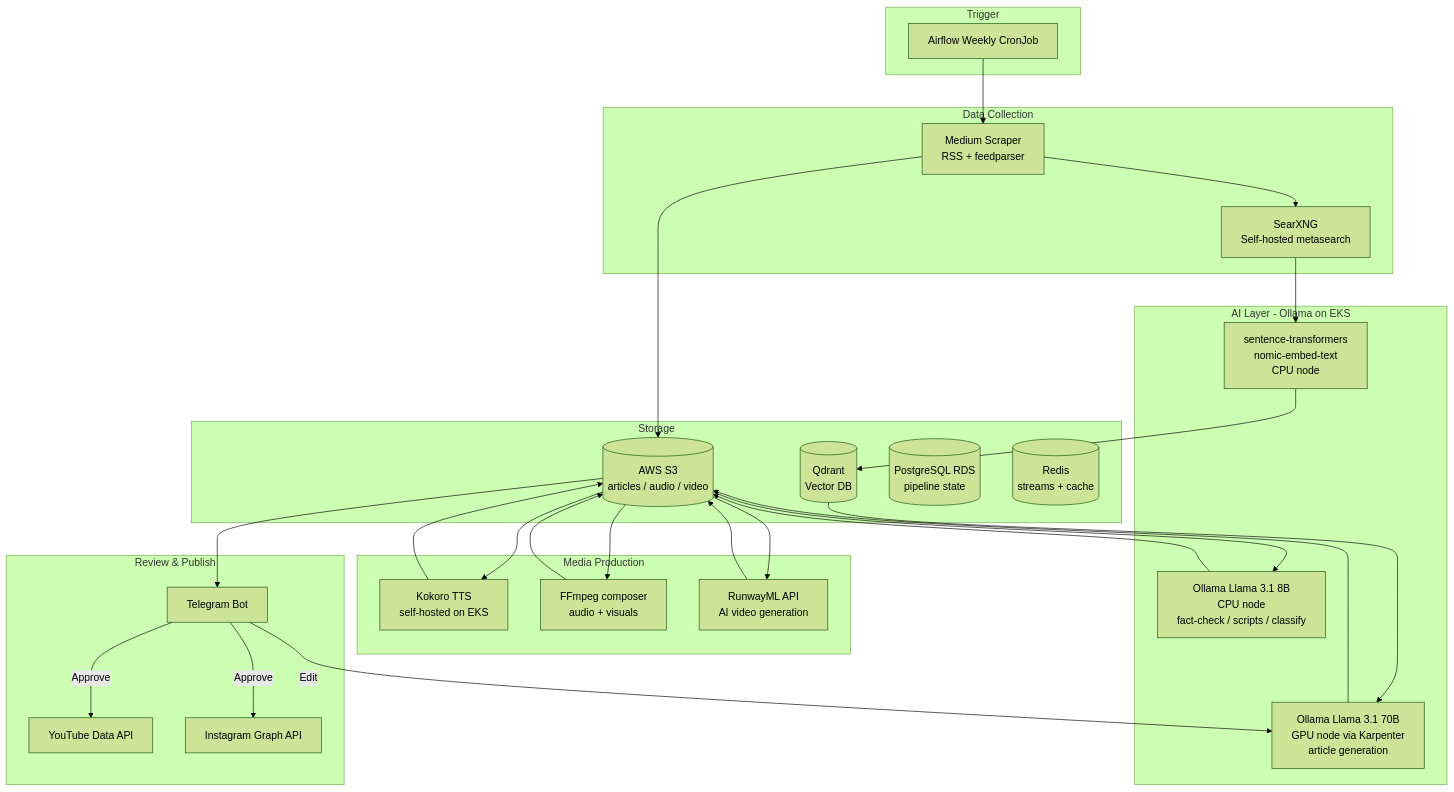
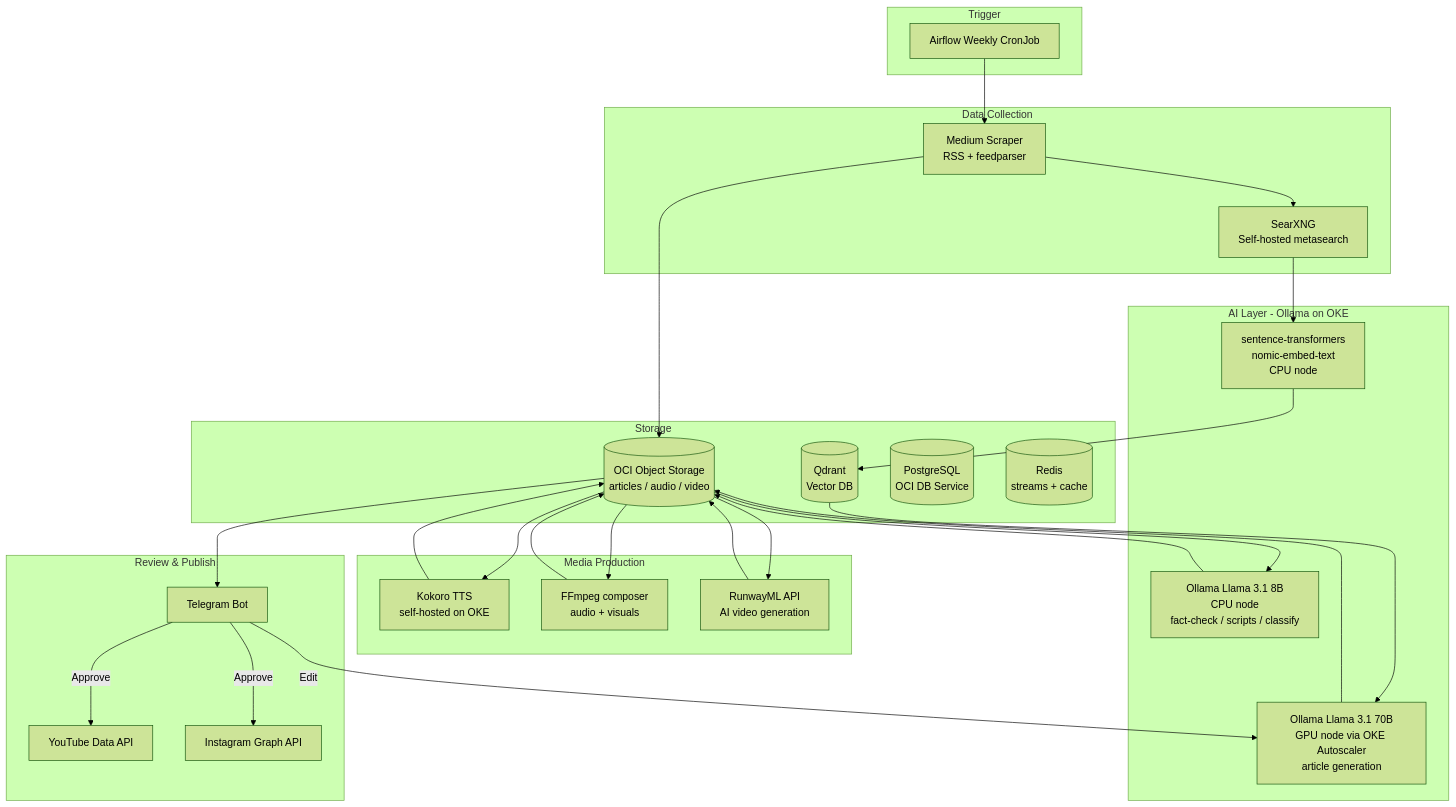
One commit to hamedsalim1999/content-automation-pipeline changed the first of 2 diagrams in ARCHITECTURE.md. Above: the diagram before and after it, drawn with Mermaid (forest theme). The commit also changed other lines of this file and 2 other files, not shown here.

First line of the commit message:
Update architecture and learning path documentation for OCI and OKE integration

````diff
--- a/ARCHITECTURE.md
+++ b/ARCHITECTURE.md
@@ -28,56 +28,56 @@
 ```mermaid
 graph TB
     subgraph "Trigger"
         CRON[Airflow Weekly CronJob]
     end
 
     subgraph "Data Collection"
         MS[Medium Scraper<br/>RSS + feedparser]
         SEARXNG[SearXNG<br/>Self-hosted metasearch]
     end
 
-    subgraph "AI Layer - Ollama on EKS"
+    subgraph "AI Layer - Ollama on OKE"
         OLLAMA_8B[Ollama Llama 3.1 8B<br/>CPU node<br/>fact-check / scripts / classify]
-        OLLAMA_70B[Ollama Llama 3.1 70B<br/>GPU node via Karpenter<br/>article generation]
+        OLLAMA_70B[Ollama Llama 3.1 70B<br/>GPU node via OKE Autoscaler<br/>article generation]
         EMBED[sentence-transformers<br/>nomic-embed-text<br/>CPU node]
     end
 
     subgraph "Storage"
-        S3[(AWS S3<br/>articles / audio / video)]
+        OCI_OBJ[(OCI Object Storage<br/>articles / audio / video)]
         QDRANT[(Qdrant<br/>Vector DB)]
-        PG[(PostgreSQL RDS<br/>pipeline state)]
+        PG[(PostgreSQL<br/>OCI DB Service)]
         REDIS[(Redis<br/>streams + cache)]
     end
 
     subgraph "Media Production"
-        KOKORO[Kokoro TTS<br/>self-hosted on EKS]
+        KOKORO[Kokoro TTS<br/>self-hosted on OKE]
         FFMPEG[FFmpeg composer<br/>audio + visuals]
         RUNWAY[RunwayML API<br/>AI video generation]
     end
 
     subgraph "Review & Publish"
         TELEGRAM[Telegram Bot]
         YOUTUBE[YouTube Data API]
         INSTAGRAM[Instagram Graph API]
     end
 
     CRON --> MS
-    MS --> S3
+    MS --> OCI_OBJ
     MS --> SEARXNG
     SEARXNG --> EMBED
     EMBED --> QDRANT
     QDRANT --> OLLAMA_70B
-    OLLAMA_70B --> S3
-    S3 --> OLLAMA_8B
-    OLLAMA_8B --> S3
-    S3 --> KOKORO
-    KOKORO --> S3
-    S3 --> RUNWAY
-    RUNWAY --> S3
-    S3 --> FFMPEG
-    FFMPEG --> S3
-    S3 --> TELEGRAM
+    OLLAMA_70B --> OCI_OBJ
+    OCI_OBJ --> OLLAMA_8B
+    OLLAMA_8B --> OCI_OBJ
+    OCI_OBJ --> KOKORO
+    KOKORO --> OCI_OBJ
+    OCI_OBJ --> RUNWAY
+    RUNWAY --> OCI_OBJ
+    OCI_OBJ --> FFMPEG
+    FFMPEG --> OCI_OBJ
+    OCI_OBJ --> TELEGRAM
     TELEGRAM --> |Approve| YOUTUBE
     TELEGRAM --> |Approve| INSTAGRAM
     TELEGRAM --> |Edit| OLLAMA_70B
 ```
````
